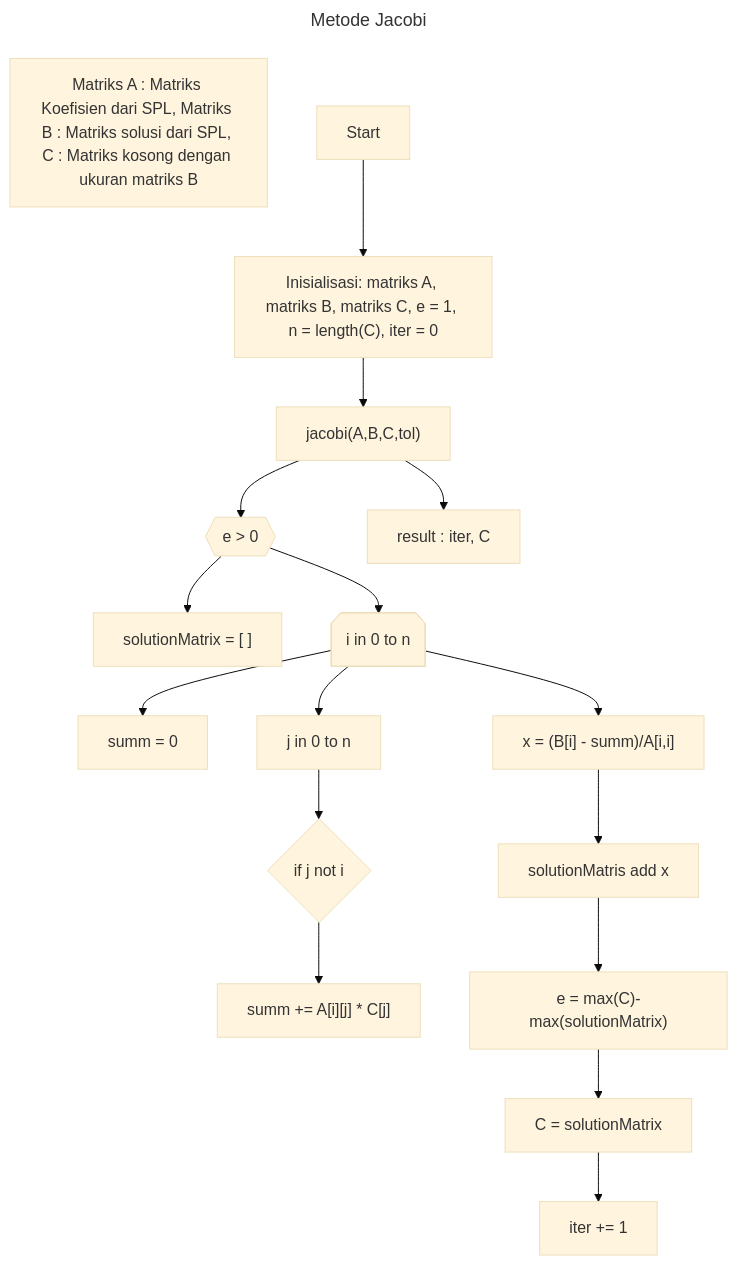
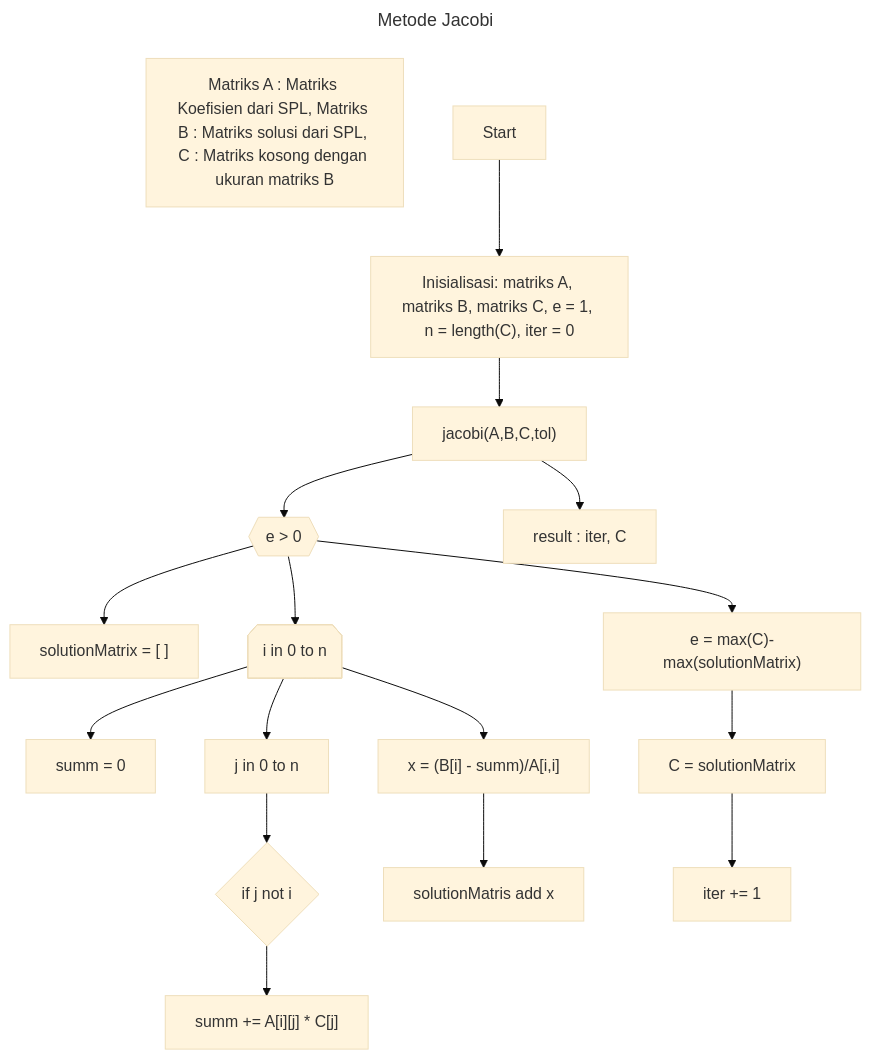
The diagram in Modul-3/metode-jacobi.mmd (aslabkomfis/Komputasi-Numerik-24-25), drawn with Mermaid (base theme) before and after one commit.

```diff
--- a/Modul-3/metode-jacobi.mmd
+++ b/Modul-3/metode-jacobi.mmd
@@ -1,21 +1,21 @@
 ---
 title: Metode Jacobi    
 ---
 
 flowchart TD;
     Z["Matriks A : Matriks Koefisien dari SPL, Matriks B : Matriks solusi dari SPL, C : Matriks kosong dengan ukuran matriks B"]
     A[Start] --> B["Inisialisasi: matriks A, matriks B, matriks C, e = 1, n = length(C), iter = 0"] 
     B --> X["jacobi(A,B,C,tol)"]
     X --> C{{"e > 0"}}
     C --> D["solutionMatrix = [ ]"]
     C --> F@{shape: notch-pent, label: "i in 0 to n"}
     F --> G["summ = 0"]
     F --> H["j in 0 to n"]
     H --> I{"if j not i"}
     I --> J["summ += A[i][j] * C[j]"]
     F --> K["x = (B[i] - summ)/A[i,i]"]
     K --> L["solutionMatris add x"]
-    L --> M["e = max(C)-max(solutionMatrix)"]
+    C --> M["e = max(C)-max(solutionMatrix)"]
     M --> N["C = solutionMatrix"]
     N --> O["iter += 1"]
     X --> P["result : iter, C"]
```
